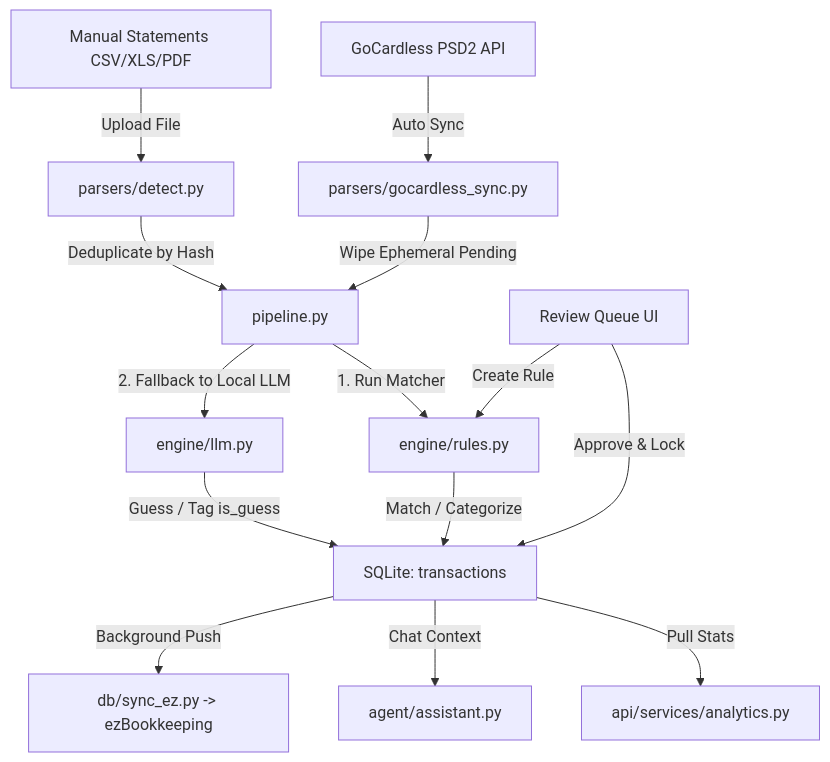
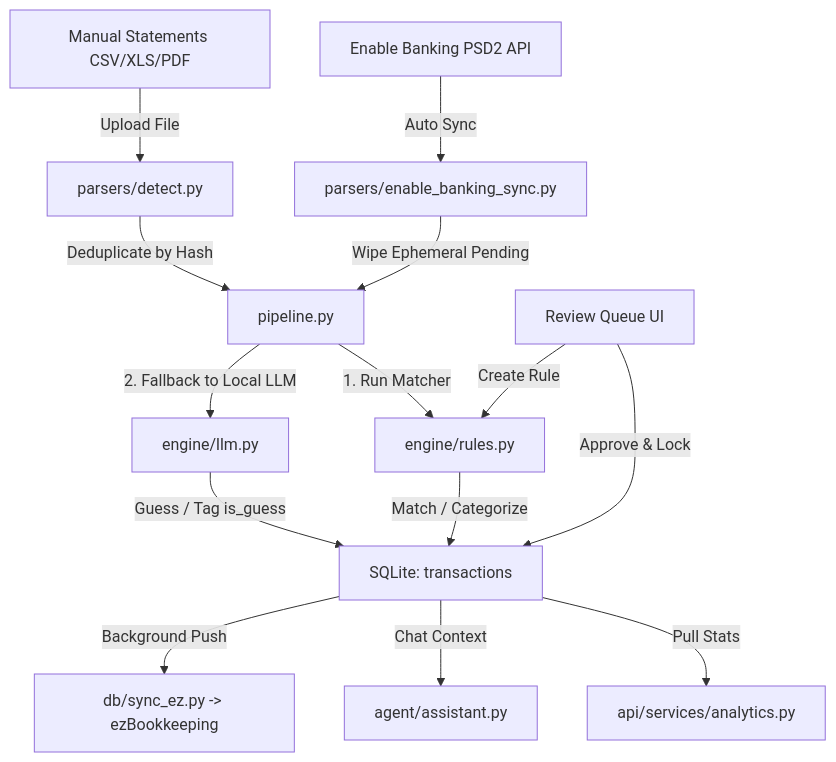
One commit to diipak/Personal_Finz changed the diagram in ARCHITECTURE.md. Above: the diagram before and after it, drawn with Mermaid. The commit also changed other lines of this file and 22 other files, not shown here.

````diff
--- a/ARCHITECTURE.md
+++ b/ARCHITECTURE.md
@@ -9,21 +9,21 @@
 ```mermaid
 graph TD
-    A1[GoCardless PSD2 API] -->|Auto Sync| B1[parsers/gocardless_sync.py]
+    A1[Enable Banking PSD2 API] -->|Auto Sync| B1[parsers/enable_banking_sync.py]
     A2[Manual Statements CSV/XLS/PDF] -->|Upload File| B2[parsers/detect.py]
     
     B1 -->|Wipe Ephemeral Pending| C[pipeline.py]
     B2 -->|Deduplicate by Hash| C
     
     C -->|1. Run Matcher| D[engine/rules.py]
     C -->|2. Fallback to Local LLM| E[engine/llm.py]
     
     D -->|Match / Categorize| F[SQLite: transactions]
     E -->|Guess / Tag is_guess| F
     
     F -->|Pull Stats| G[api/services/analytics.py]
     F -->|Chat Context| H[agent/assistant.py]
     F -->|Background Push| I[db/sync_ez.py -> ezBookkeeping]
     
     J[Review Queue UI] -->|Approve & Lock| F
     J -->|Create Rule| D
 ```
````
